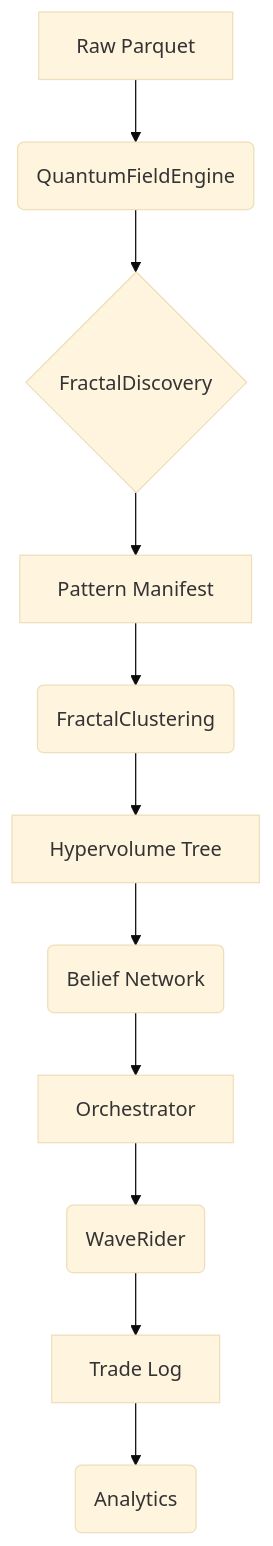
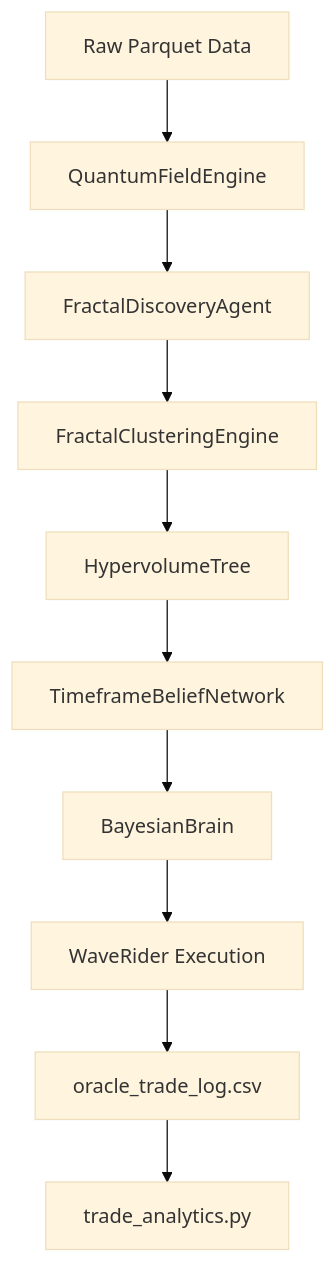
One commit to reyses/Bayesian-AI changed the diagram in docs/ARCHITECTURE.md. Above: the diagram before and after it, drawn with Mermaid (base theme). The commit also changed other lines of this file and 2 other files, not shown here.

````diff
--- a/docs/ARCHITECTURE.md
+++ b/docs/ARCHITECTURE.md
@@ -59,13 +74,12 @@
 ```mermaid
 graph TD
-    A[Raw Parquet] --> B(QuantumFieldEngine)
-    B --> C{FractalDiscovery}
-    C --> D[Pattern Manifest]
-    D --> E(FractalClustering)
-    E --> F[Hypervolume Tree]
-    F --> G(Belief Network)
-    G --> H[Orchestrator]
-    H --> I(WaveRider)
-    I --> J[Trade Log]
-    J --> K(Analytics)
+    A[Raw Parquet Data] --> B[QuantumFieldEngine]
+    B --> C[FractalDiscoveryAgent]
+    C --> D[FractalClusteringEngine]
+    D --> E[HypervolumeTree]
+    E --> F[TimeframeBeliefNetwork]
+    F --> G[BayesianBrain]
+    G --> H[WaveRider Execution]
+    H --> I[oracle_trade_log.csv]
+    I --> J[trade_analytics.py]
 ```
````
